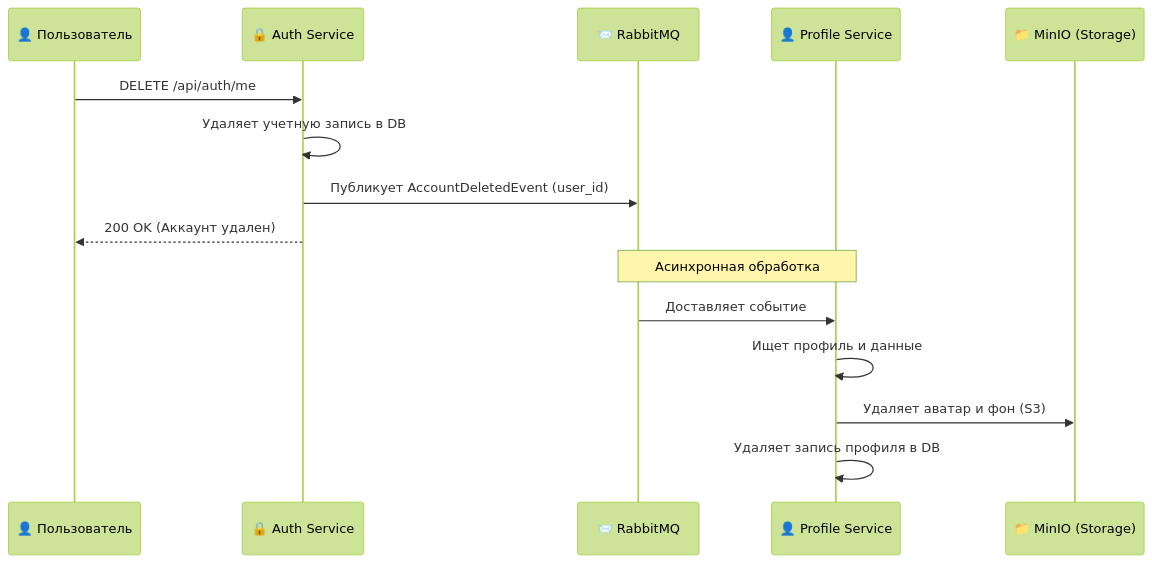
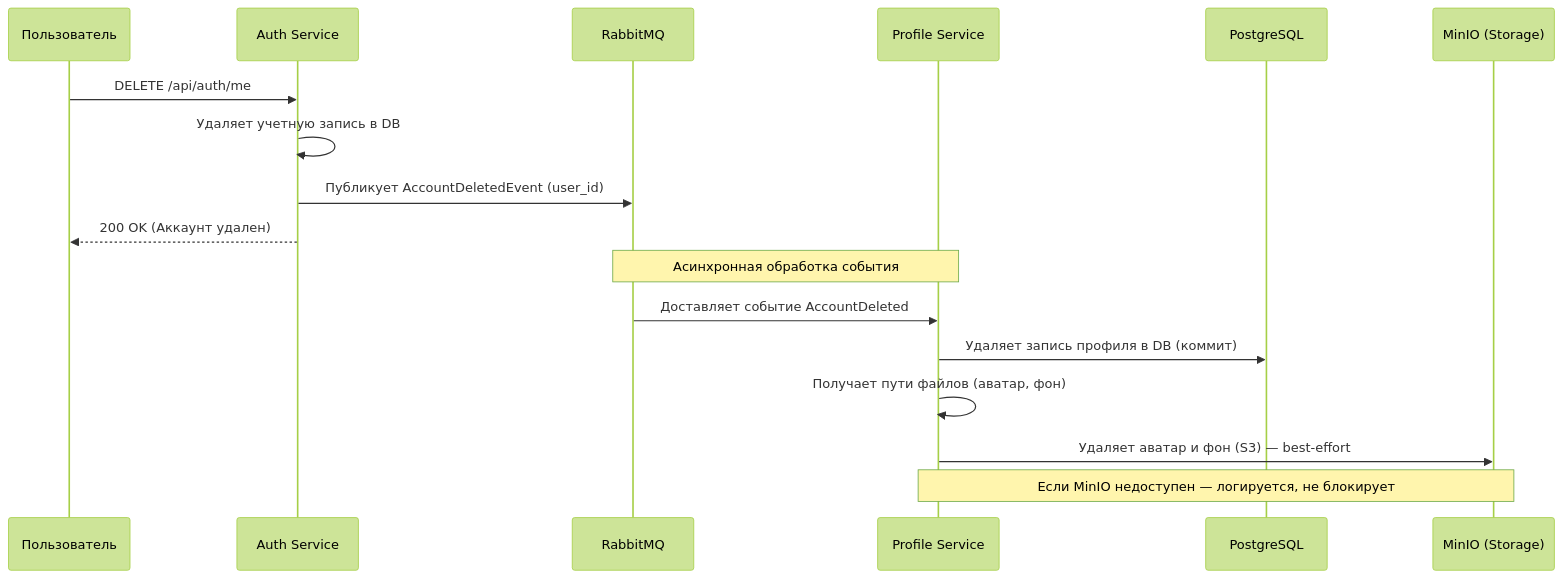
Before and after one commit to mindcoree/LoreLounge: the third of 4 diagrams in README.md, drawn with Mermaid (forest theme). The commit also changed other lines of this file, not shown here.

````diff
--- a/README.md
+++ b/README.md
@@ -178,20 +178,22 @@
 ```mermaid
 sequenceDiagram
-    participant User as 👤 Пользователь
-    participant Auth as 🔒 Auth Service
-    participant RMQ as 📨 RabbitMQ
-    participant Profile as 👤 Profile Service
-    participant MinIO as 📁 MinIO (Storage)
+    participant User as Пользователь
+    participant Auth as Auth Service
+    participant RMQ as RabbitMQ
+    participant Profile as Profile Service
+    participant PG as PostgreSQL
+    participant MinIO as MinIO (Storage)
 
     User->>Auth: DELETE /api/auth/me
     Auth->>Auth: Удаляет учетную запись в DB
     Auth->>RMQ: Публикует AccountDeletedEvent (user_id)
     Auth-->>User: 200 OK (Аккаунт удален)
     
-    Note over RMQ, Profile: Асинхронная обработка
+    Note over RMQ, Profile: Асинхронная обработка события
     
-    RMQ->>Profile: Доставляет событие
-    Profile->>Profile: Ищет профиль и данные
-    Profile->>MinIO: Удаляет аватар и фон (S3)
-    Profile->>Profile: Удаляет запись профиля в DB
+    RMQ->>Profile: Доставляет событие AccountDeleted
+    Profile->>PG: Удаляет запись профиля в DB (коммит)
+    Profile->>Profile: Получает пути файлов (aватар, фон)
+    Profile->>MinIO: Удаляет aватар и фон (S3) — best-effort
+    Note over Profile, MinIO: Если MinIO недоступен — логируется, не блокирует
 ```
````
